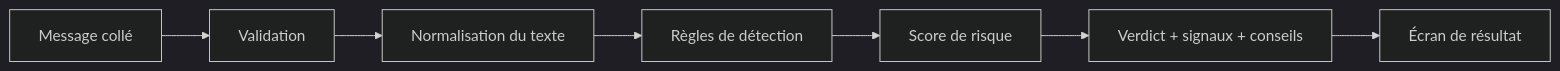
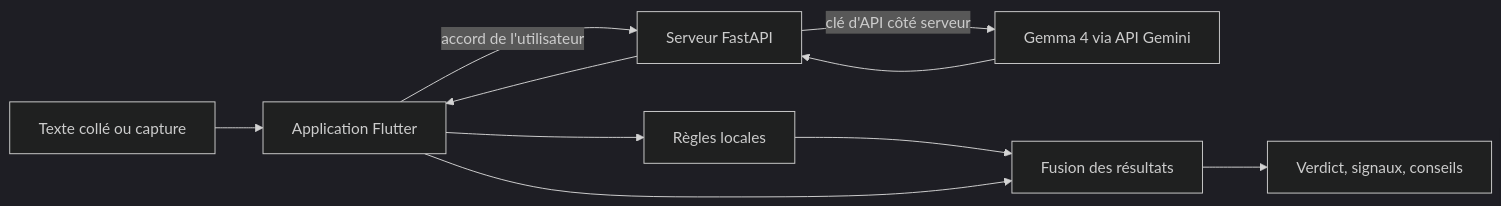
Before and after one commit to kehc6849-star/radar-a-rumeurs: the diagram in docs/02_ARCHITECTURE.md, drawn with Mermaid (dark theme). The commit also changed other lines of this file and 78 other files, not shown here.

Commit message:
feat: ajout de l'analyse Backend via Gemma 4, analyseur hybride, captures d'écrans et de l'historique. Cependant, toujours des travaux à faire. L'analyse des captures n'est pas encore fonctionnelle

````diff
--- a/docs/02_ARCHITECTURE.md
+++ b/docs/02_ARCHITECTURE.md
@@ -7,9 +7,12 @@
 ```mermaid
 flowchart LR
-    A[Message collé] --> B[Validation]
-    B --> C[Normalisation du texte]
-    C --> D[Règles de détection]
-    D --> E[Score de risque]
-    E --> F[Verdict + signaux + conseils]
-    F --> G[Écran de résultat]
+    A[Texte collé ou capture] --> B[Application Flutter]
+    B --> C[Règles locales]
+    B -->|accord de l'utilisateur| D[Serveur FastAPI]
+    D -->|clé d'API côté serveur| E[Gemma 4 via API Gemini]
+    E --> D
+    D --> B
+    C --> F[Fusion des résultats]
+    B --> F
+    F --> G[Verdict, signaux, conseils]
 ```
````
